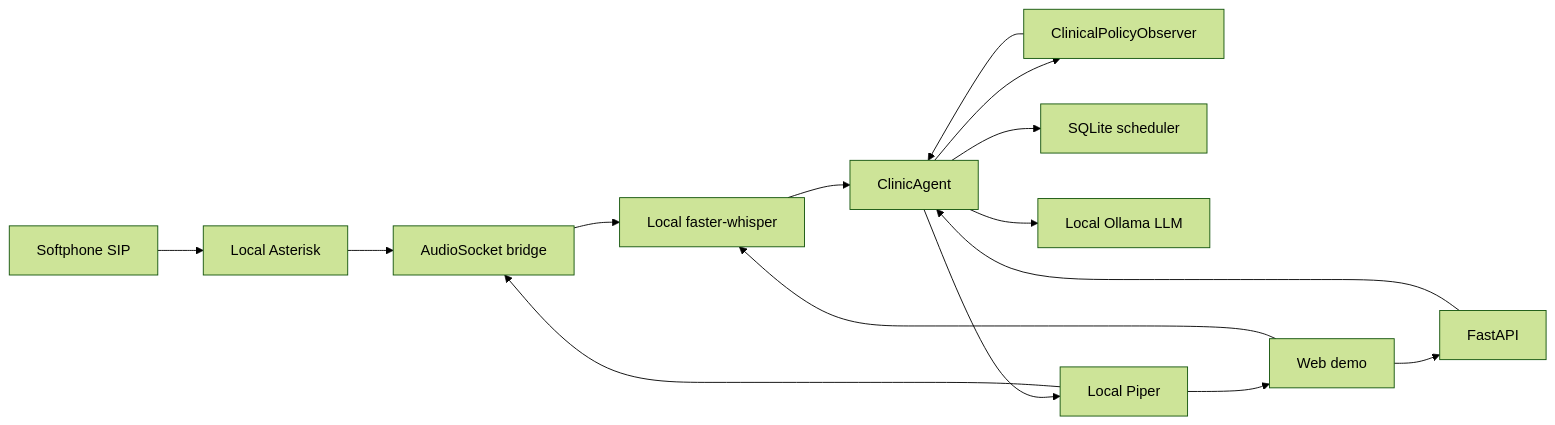
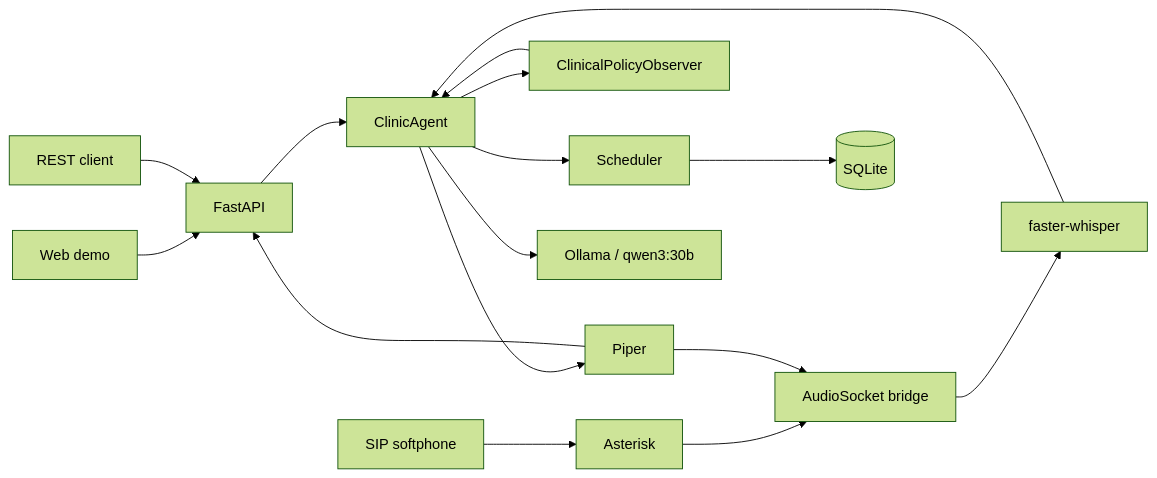
One commit to JotaTerrasa/voiceclinic-local-agent changed the first of 6 diagrams in docs/ARCHITECTURE.md. Above: the diagram before and after it, drawn with Mermaid (forest theme). The commit also changed other lines of this file and 7 other files, not shown here.

````diff
--- a/docs/ARCHITECTURE.md
+++ b/docs/ARCHITECTURE.md
@@ -3,17 +12,21 @@
 ```mermaid
 flowchart LR
-  Caller["Softphone SIP"] --> Asterisk["Local Asterisk"]
+  Web["Web demo"] --> API["FastAPI"]
+  REST["REST client"] --> API
+  Phone["SIP softphone"] --> Asterisk["Asterisk"]
   Asterisk --> AudioSocket["AudioSocket bridge"]
-  Browser["Web demo"] --> API["FastAPI"]
-  AudioSocket --> STT["Local faster-whisper"]
-  Browser --> STT
-  STT --> Agent["ClinicAgent"]
-  API --> Agent
+
+  API --> Agent["ClinicAgent"]
+  AudioSocket --> STT["faster-whisper"]
+  STT --> Agent
+
   Agent --> Observer["ClinicalPolicyObserver"]
   Observer --> Agent
-  Agent --> Scheduler["SQLite scheduler"]
-  Agent --> Ollama["Local Ollama LLM"]
-  Agent --> TTS["Local Piper"]
+  Agent --> Scheduler["Scheduler"]
+  Scheduler --> DB[("SQLite")]
+  Agent --> Ollama["Ollama / qwen3:30b"]
+  Agent --> TTS["Piper"]
+
+  TTS --> API
   TTS --> AudioSocket
-  TTS --> Browser
 ```
````
